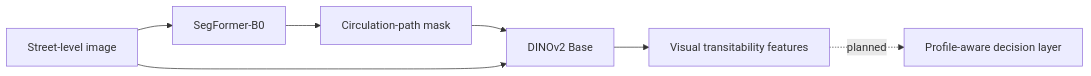
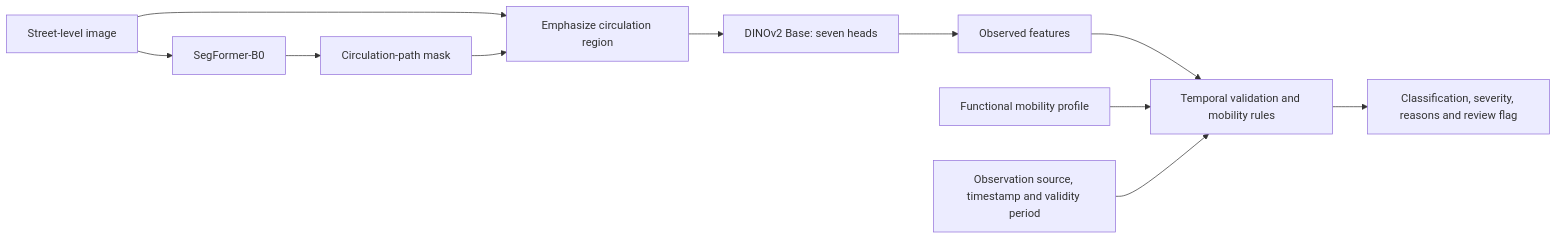
The diagram in README.md (luiz-matoso/projeto-transformador-I), drawn with Mermaid before and after one commit. The commit also changed other lines of this file and 38 other files, not shown here.

````diff
--- a/README.md
+++ b/README.md
@@ -39,9 +15,13 @@
 ```mermaid
 flowchart LR
     A[Street-level image] --> B[SegFormer-B0]
     B --> C[Circulation-path mask]
-    C --> D[DINOv2 Base]
-    A --> D
-    D --> E[Visual transitability features]
-    E -. planned .-> F[Profile-aware decision layer]
+    A --> D[Emphasize circulation region]
+    C --> D
+    D --> E[DINOv2 Base: seven heads]
+    E --> F[Observed features]
+    F --> G[Temporal validation and mobility rules]
+    H[Functional mobility profile] --> G
+    I[Observation source, timestamp and validity period] --> G
+    G --> J[Classification, severity, reasons and review flag]
 ```
````
